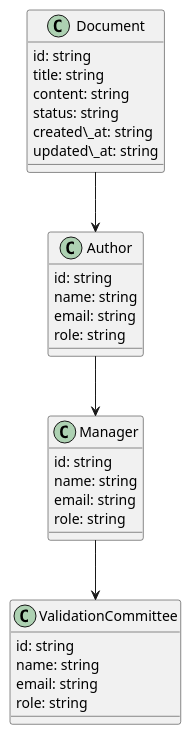
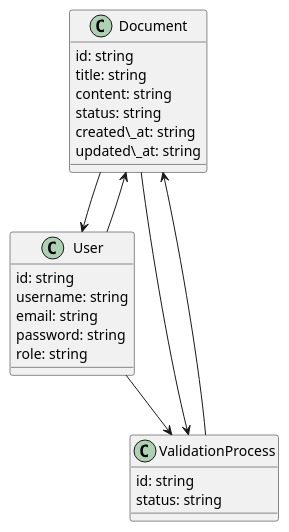
The diagram in results/uml/meeting/class_0.puml (siwarhmaidi2/Generation-Intelligente-des-Specifications-Logicielles), drawn with PlantUML before and after one commit. The commit also changed 7 other files, not shown here.

Commit message:
agent architect

```diff
--- a/results/uml/meeting/class_0.puml
+++ b/results/uml/meeting/class_0.puml
@@ -1,31 +1,26 @@
 @startuml
 class Document {
   id: string
   title: string
   content: string
   status: string
   created\_at: string
   updated\_at: string
 }
-class Author {
+class User {
   id: string
-  name: string
+  username: string
   email: string
+  password: string
   role: string
 }
-class Manager {
+class ValidationProcess {
   id: string
-  name: string
-  email: string
-  role: string
+  status: string
 }
-class ValidationCommittee {
-  id: string
-  name: string
-  email: string
-  role: string
-}
-Document --> Author
-Author --> Manager
-Manager --> ValidationCommittee
+Document --> User
+Document --> ValidationProcess
+User --> Document
+User --> ValidationProcess
+ValidationProcess --> Document
 @enduml
```
